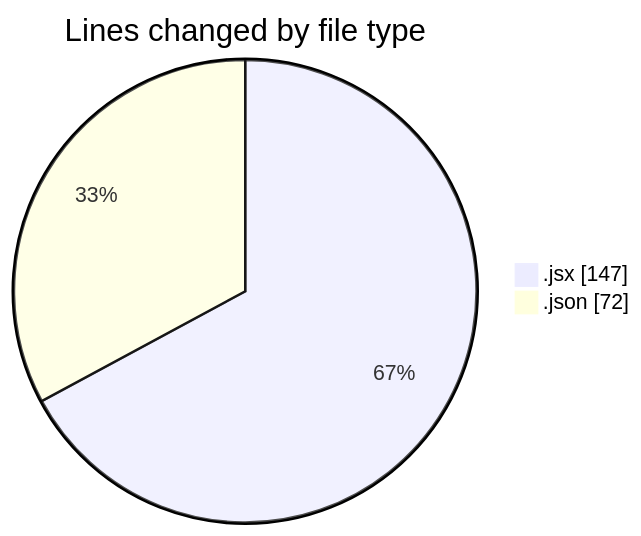
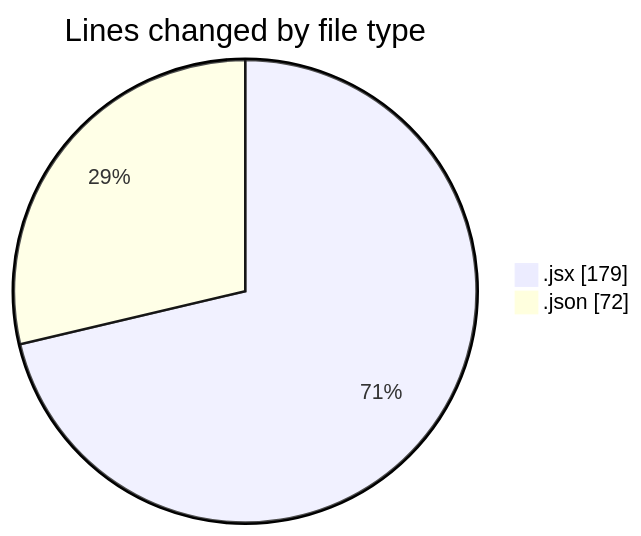
Before and after one commit to momahboobian/code-tracking: the first of 2 diagrams in 2026-03-19/commonwealth-front-end-task/README.md, drawn with Mermaid. The commit also changed other lines of this file and 1 other file, not shown here.

````diff
--- a/2026-03-19/commonwealth-front-end-task/README.md
+++ b/2026-03-19/commonwealth-front-end-task/README.md
@@ -22,6 +22,6 @@
 ```mermaid
 pie showData
 title Lines changed by file type
-".jsx" : 147
+".jsx" : 179
 ".json" : 72
 ```
````
